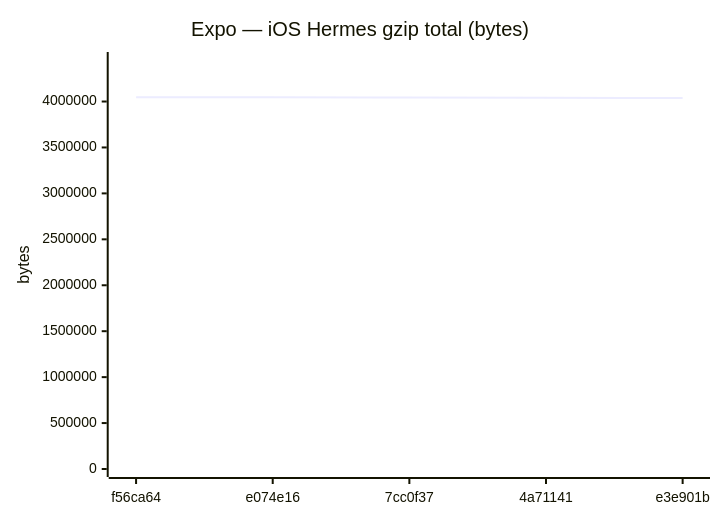
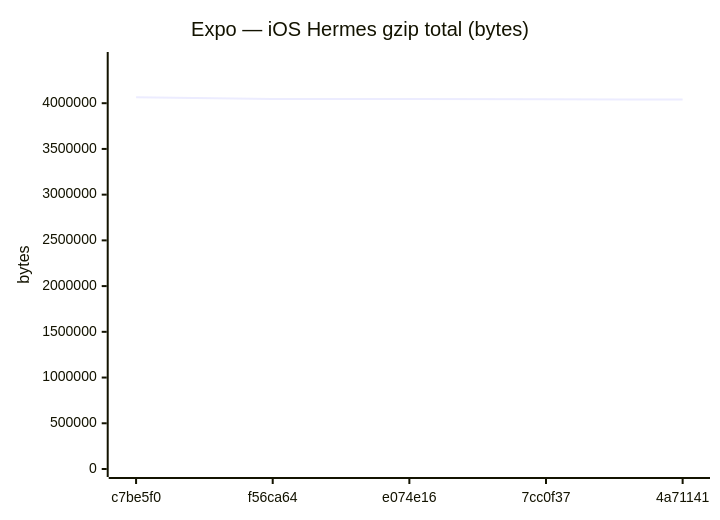
Before and after one commit to Metaheurist/Rianell: diagram 12 of 18 in benchmarks/compare.md, drawn with Mermaid. The commit also changed other lines of this file and 11 other files, not shown here.

````diff
--- a/benchmarks/compare.md
+++ b/benchmarks/compare.md
@@ -179,7 +179,7 @@
 ```mermaid
 xychart-beta
     title "Expo — iOS Hermes gzip total (bytes)"
-    x-axis ["f56ca64", "e074e16", "7cc0f37", "4a71141", "e3e901b"]
-    y-axis "bytes" 0 --> 4451958
-    line [4047233, 4047234, 4042958, 4039809, 4039179]
+    x-axis ["c7be5f0", "f56ca64", "e074e16", "7cc0f37", "4a71141"]
+    y-axis "bytes" 0 --> 4472399
+    line [4065817, 4047233, 4047234, 4042958, 4039809]
 ```
````
